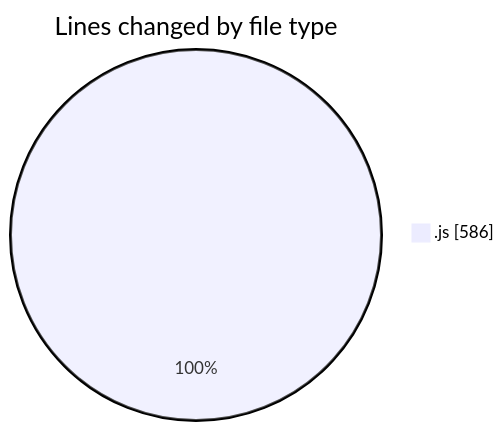
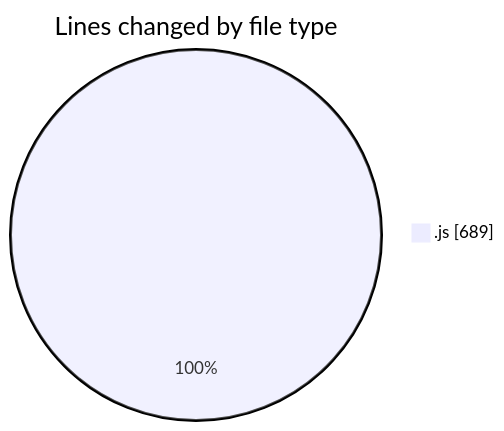
One commit to Ritupan-Deka/code-tracking changed the first of 2 diagrams in 2025-07-20/mern-workoutboard/README.md. Above: the diagram before and after it, drawn with Mermaid. The commit also changed other lines of this file and 1 other file, not shown here.

````diff
--- a/2025-07-20/mern-workoutboard/README.md
+++ b/2025-07-20/mern-workoutboard/README.md
@@ -25,5 +26,5 @@
 ```mermaid
 pie showData
 title Lines changed by file type
-".js" : 586
+".js" : 689
 ```
````
